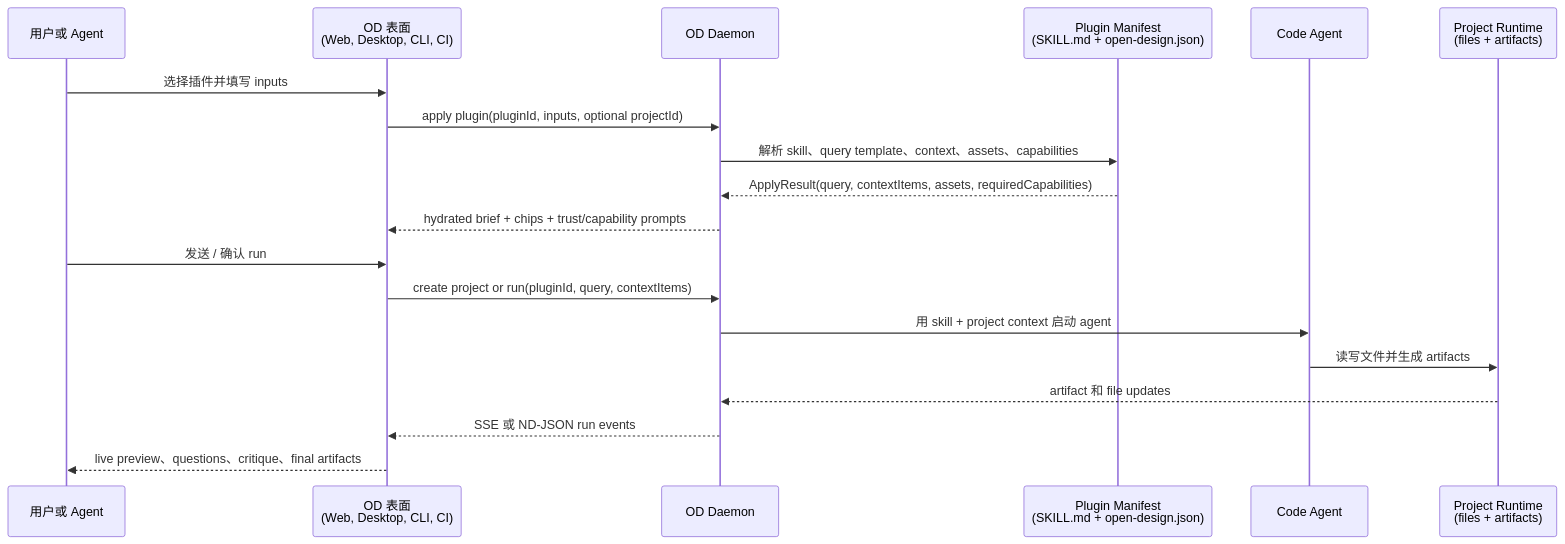
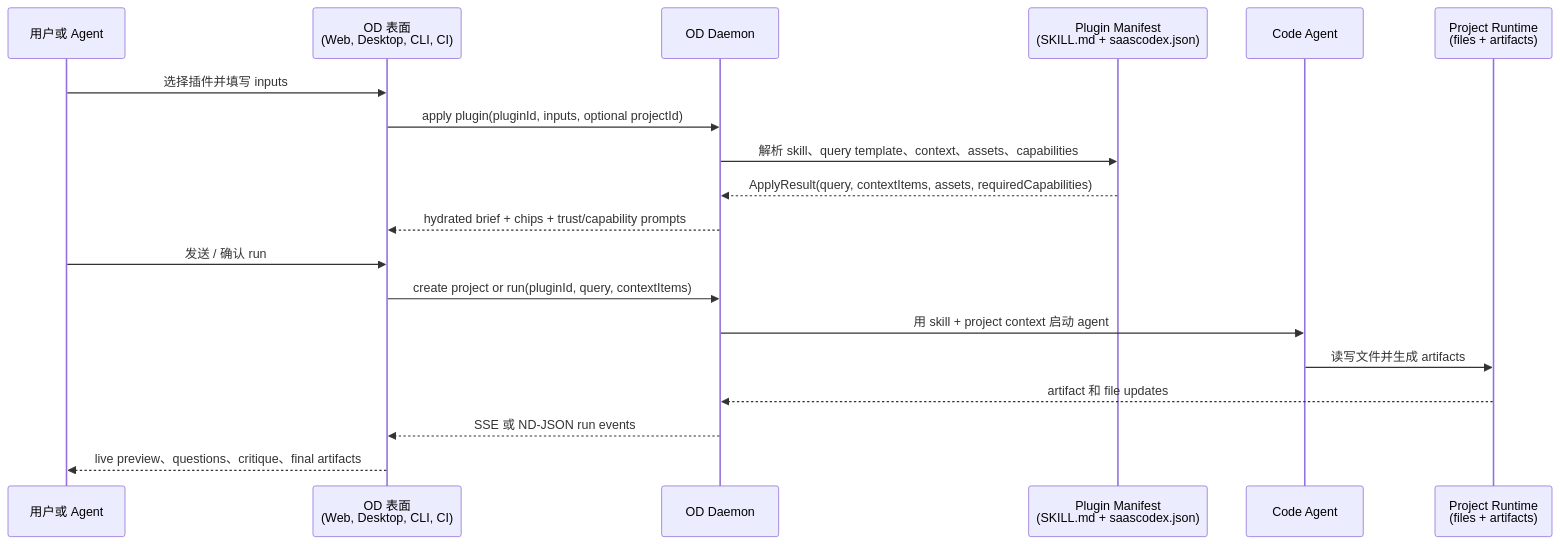
The first of 4 diagrams in docs/plugins-spec.zh-CN.md (aurora-ember-bio-lab/saascodex), drawn with Mermaid before and after one commit. The commit also changed other lines of this file and 5818 other files, not shown here.

Commit message:
feat: rebrand OpenDesign to SaaSCodex (author: Aurora Ember Cyber Bio Lab)

````diff
--- a/docs/plugins-spec.zh-CN.md
+++ b/docs/plugins-spec.zh-CN.md
@@ -35,22 +35,22 @@
 ```mermaid
 sequenceDiagram
   participant U as 用户或 Agent
   participant S as OD 表面<br/>(Web, Desktop, CLI, CI)
   participant D as OD Daemon
-  participant P as Plugin Manifest<br/>(SKILL.md + open-design.json)
+  participant P as Plugin Manifest<br/>(SKILL.md + saascodex.json)
   participant A as Code Agent
   participant R as Project Runtime<br/>(files + artifacts)
 
   U->>S: 选择插件并填写 inputs
   S->>D: apply plugin(pluginId, inputs, optional projectId)
   D->>P: 解析 skill、query template、context、assets、capabilities
   P-->>D: ApplyResult(query, contextItems, assets, requiredCapabilities)
   D-->>S: hydrated brief + chips + trust/capability prompts
   U->>S: 发送 / 确认 run
   S->>D: create project or run(pluginId, query, contextItems)
   D->>A: 用 skill + project context 启动 agent
   A->>R: 读写文件并生成 artifacts
   R-->>D: artifact 和 file updates
   D-->>S: SSE 或 ND-JSON run events
   S-->>U: live preview、questions、critique、final artifacts
 ```
````
